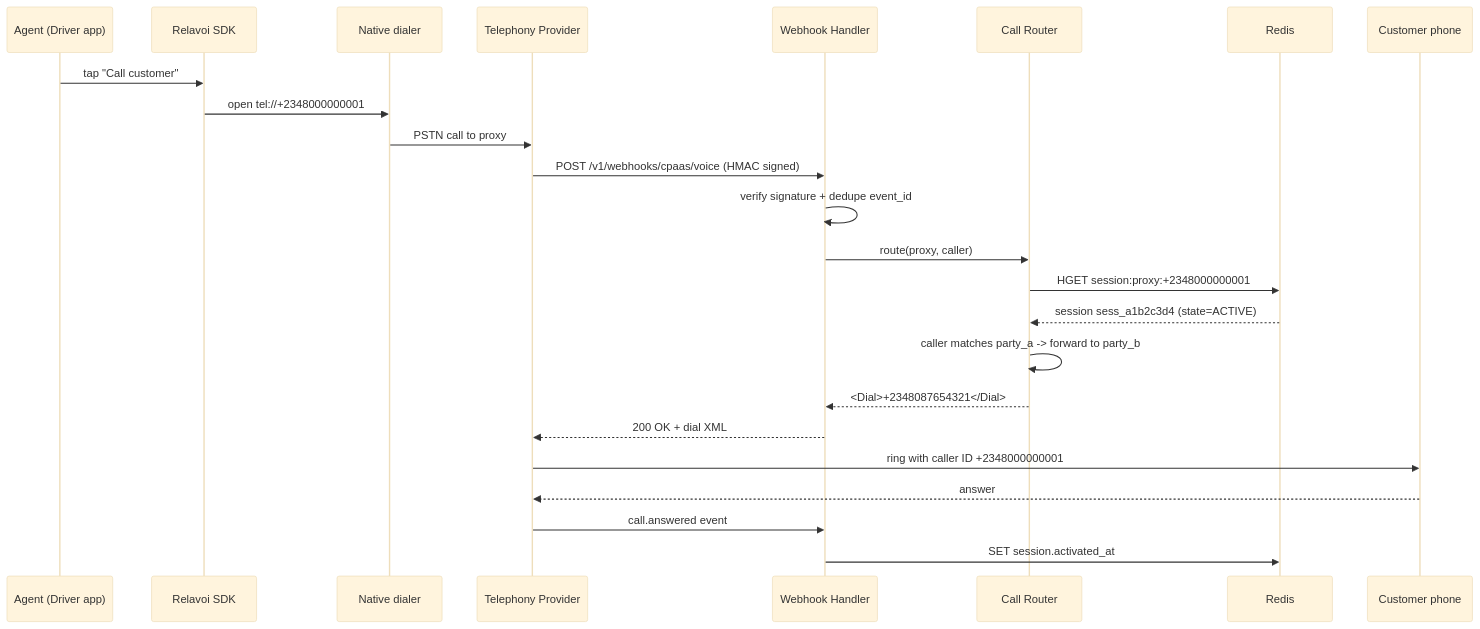
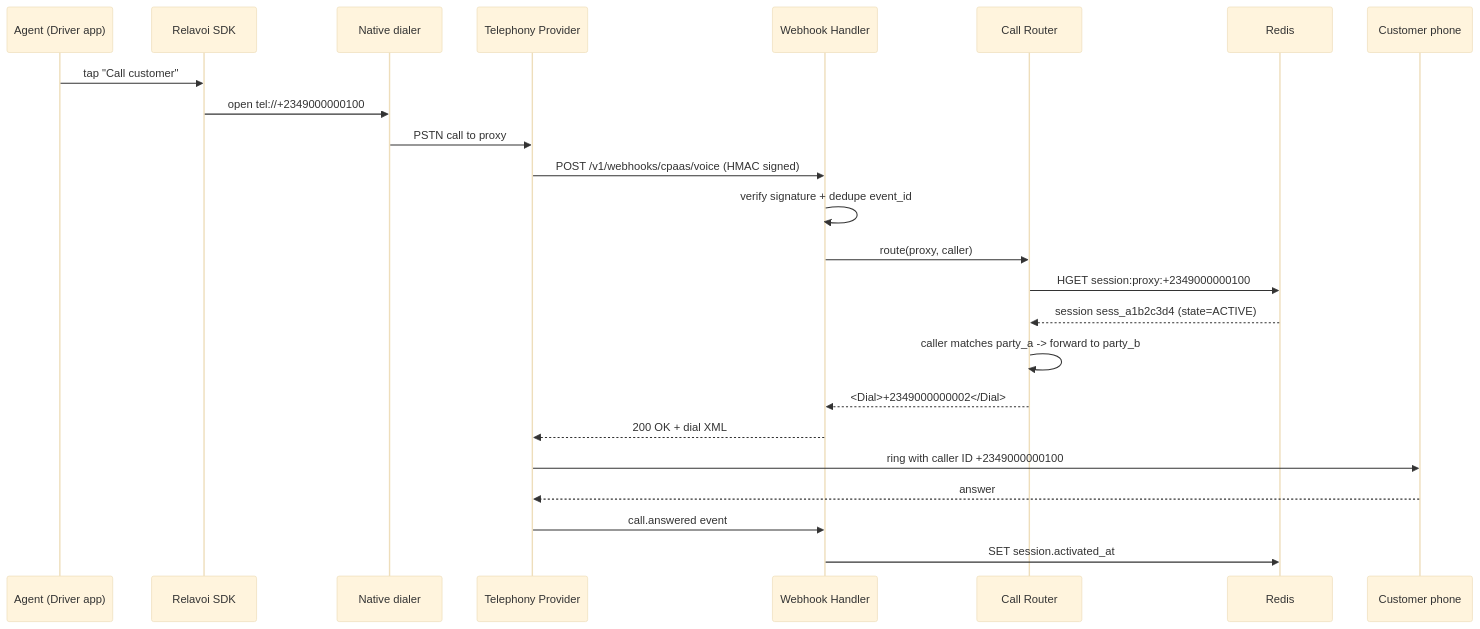
The diagram in docs/guides/call-flow.md (cicanda/relavoi-docs), drawn with Mermaid (base theme) before and after one commit. The commit also changed 22 other files, not shown here.

````diff
--- a/docs/guides/call-flow.md
+++ b/docs/guides/call-flow.md
@@ -15,27 +15,27 @@
 ```mermaid
 sequenceDiagram
   participant Agent as Agent (Driver app)
   participant SDK as Relavoi SDK
   participant Dialer as Native dialer
   participant Carrier as Telephony Provider
   participant WH as Webhook Handler
   participant CR as Call Router
   participant Redis
   participant Customer as Customer phone
 
   Agent->>SDK: tap "Call customer"
-  SDK->>Dialer: open tel://+2348000000001
+  SDK->>Dialer: open tel://+2349000000100
   Dialer->>Carrier: PSTN call to proxy
   Carrier->>WH: POST /v1/webhooks/cpaas/voice (HMAC signed)
   WH->>WH: verify signature + dedupe event_id
   WH->>CR: route(proxy, caller)
-  CR->>Redis: HGET session:proxy:+2348000000001
+  CR->>Redis: HGET session:proxy:+2349000000100
   Redis-->>CR: session sess_a1b2c3d4 (state=ACTIVE)
   CR->>CR: caller matches party_a -> forward to party_b
-  CR-->>WH: <Dial>+2348087654321</Dial>
+  CR-->>WH: <Dial>+2349000000002</Dial>
   WH-->>Carrier: 200 OK + dial XML
-  Carrier->>Customer: ring with caller ID +2348000000001
+  Carrier->>Customer: ring with caller ID +2349000000100
   Customer-->>Carrier: answer
   Carrier->>WH: call.answered event
   WH->>Redis: SET session.activated_at
 ```
````
